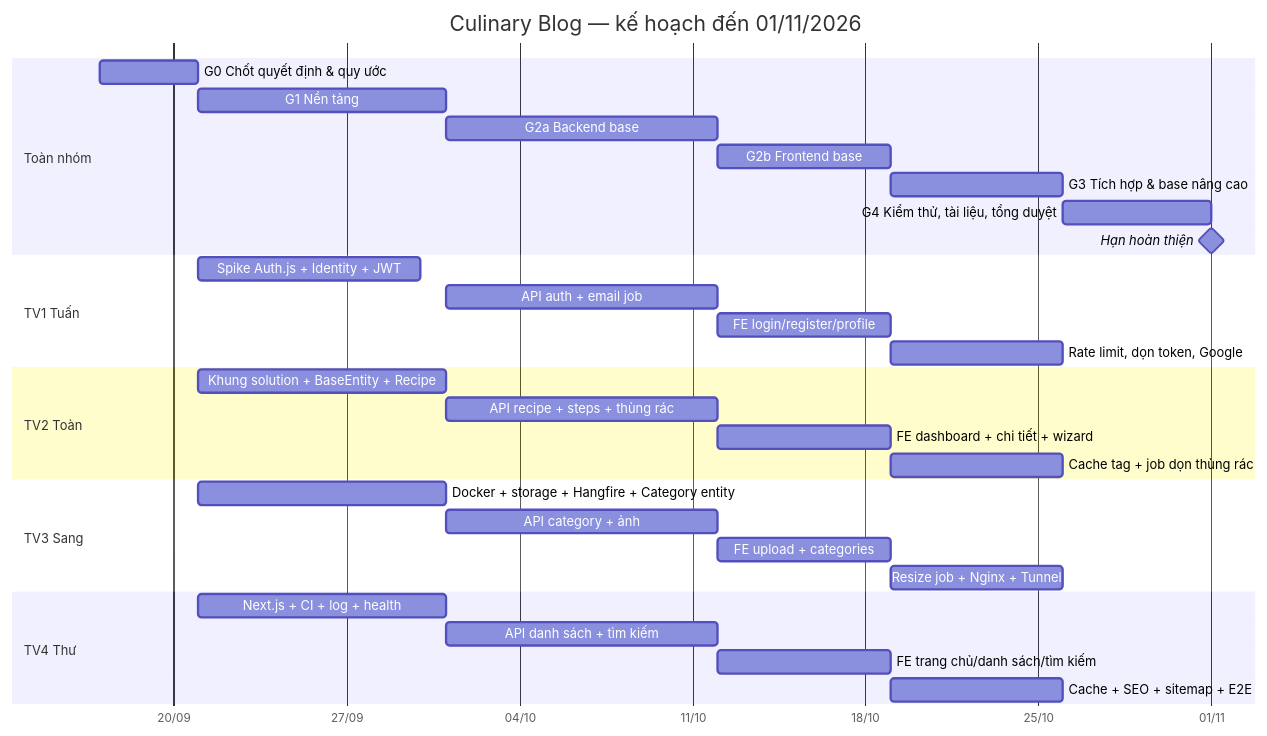
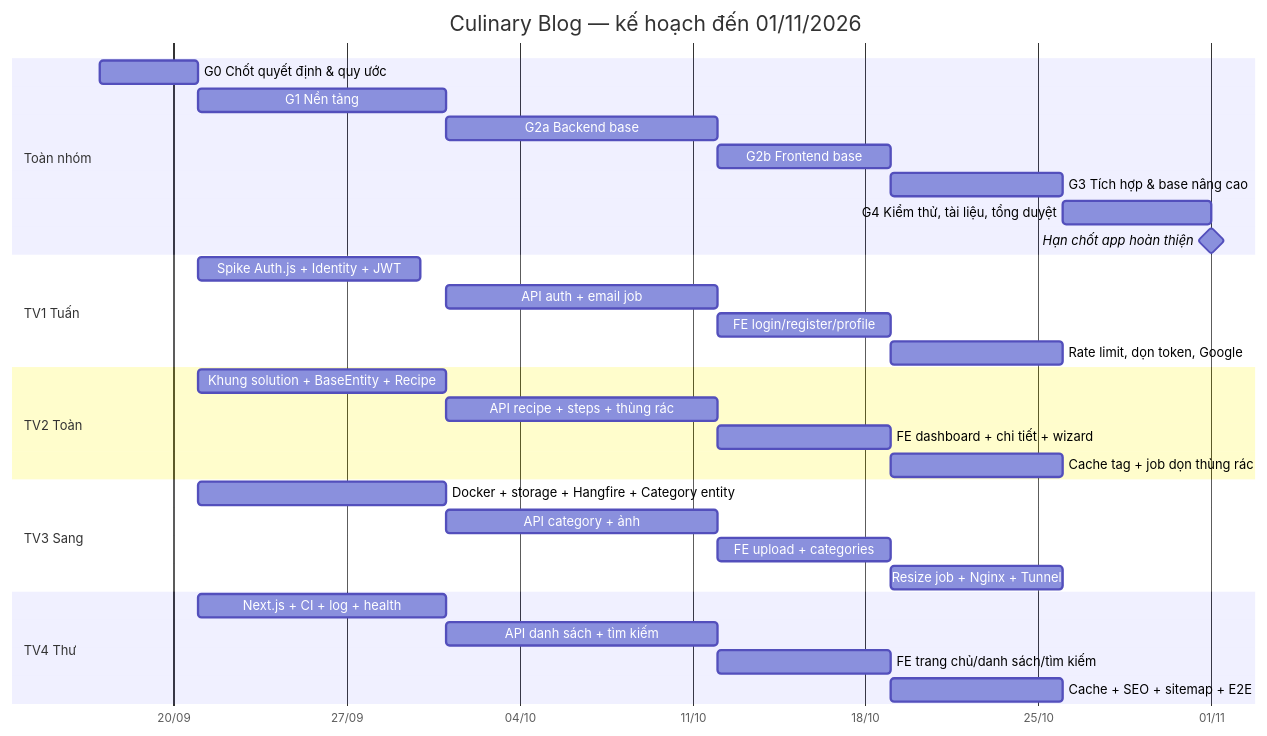
The diagram in docs/KeHoach/00_KeHoach_TongThe.md (1liusang/PTUDWNC-2026-Nhom17), drawn with Mermaid before and after one commit. The commit also changed other lines of this file and 5 other files, not shown here.

````diff
--- a/docs/KeHoach/00_KeHoach_TongThe.md
+++ b/docs/KeHoach/00_KeHoach_TongThe.md
@@ -60,34 +60,34 @@
 ```mermaid
 gantt
     title Culinary Blog — kế hoạch đến 01/11/2026
     dateFormat YYYY-MM-DD
     axisFormat %d/%m
     section Toàn nhóm
     G0 Chốt quyết định & quy ước      :g0, 2026-09-17, 4d
     G1 Nền tảng                        :g1, 2026-09-21, 10d
     G2a Backend base                   :g2a, 2026-10-01, 11d
     G2b Frontend base                  :g2b, 2026-10-12, 7d
     G3 Tích hợp & base nâng cao        :g3, 2026-10-19, 7d
     G4 Kiểm thử, tài liệu, tổng duyệt  :g4, 2026-10-26, 6d
-    Hạn hoàn thiện                     :milestone, 2026-11-01, 0d
+    Hạn chốt app hoàn thiện            :milestone, 2026-11-01, 0d
     section TV1 Tuấn
     Spike Auth.js + Identity + JWT     :2026-09-21, 9d
     API auth + email job               :2026-10-01, 11d
     FE login/register/profile          :2026-10-12, 7d
     Rate limit, dọn token, Google      :2026-10-19, 7d
     section TV2 Toàn
     Khung solution + BaseEntity + Recipe :2026-09-21, 10d
     API recipe + steps + thùng rác     :2026-10-01, 11d
     FE dashboard + chi tiết + wizard   :2026-10-12, 7d
     Cache tag + job dọn thùng rác      :2026-10-19, 7d
     section TV3 Sang
     Docker + storage + Hangfire + Category entity :2026-09-21, 10d
     API category + ảnh                 :2026-10-01, 11d
     FE upload + categories             :2026-10-12, 7d
     Resize job + Nginx + Tunnel        :2026-10-19, 7d
     section TV4 Thư
     Next.js + CI + log + health        :2026-09-21, 10d
     API danh sách + tìm kiếm           :2026-10-01, 11d
     FE trang chủ/danh sách/tìm kiếm    :2026-10-12, 7d
     Cache + SEO + sitemap + E2E        :2026-10-19, 7d
 ```
````
